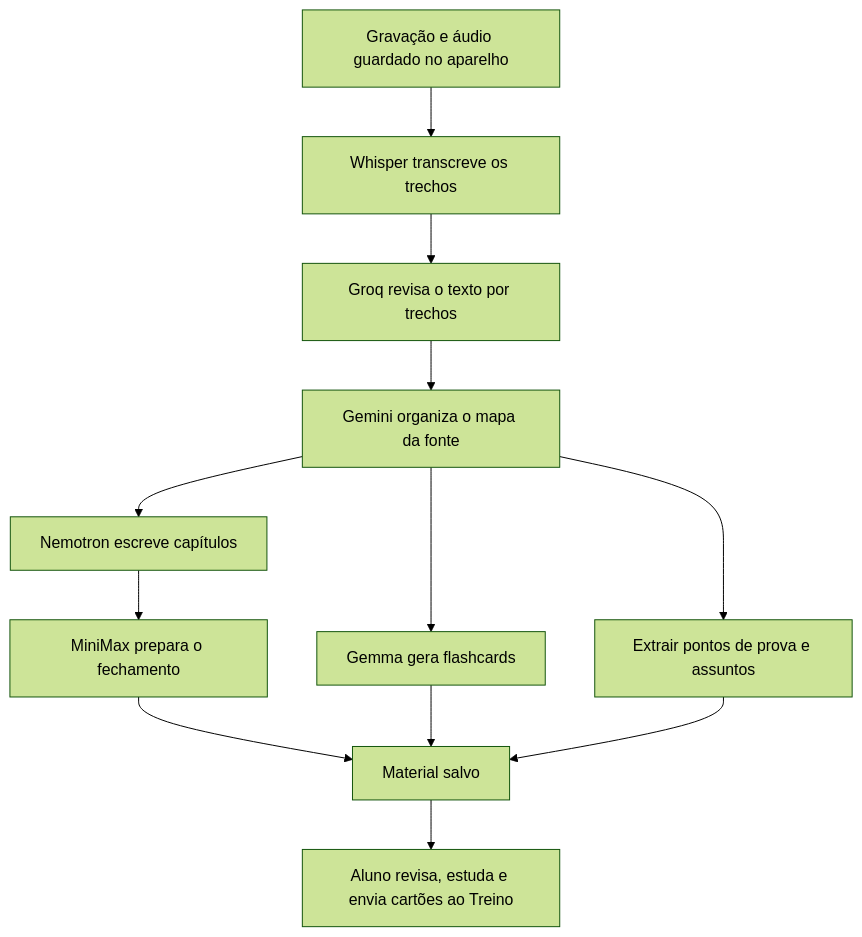
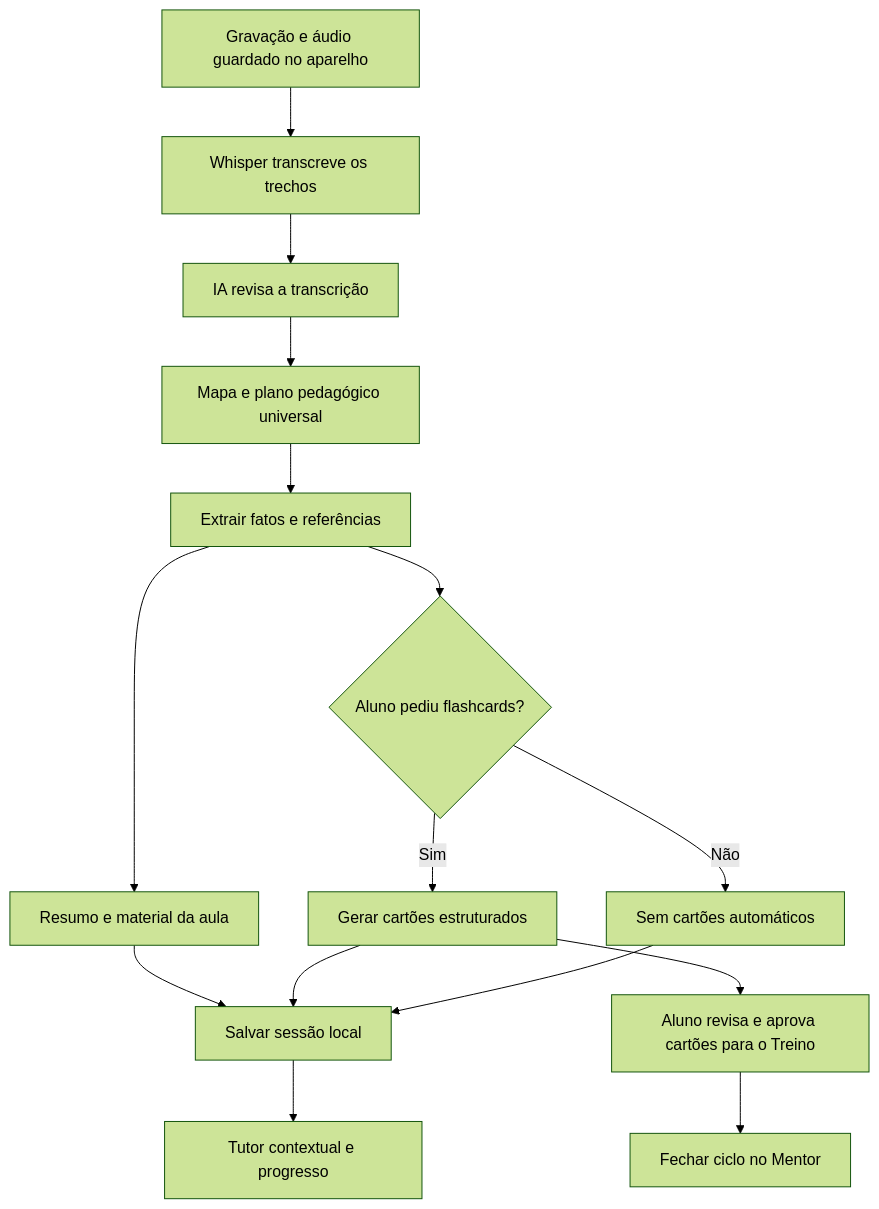
One commit to noroja/cuscuz changed the diagram in docs/FLUXO-IA.md. Above: the diagram before and after it, drawn with Mermaid (forest theme). The commit also changed other lines of this file and 24 other files, not shown here.

````diff
--- a/docs/FLUXO-IA.md
+++ b/docs/FLUXO-IA.md
@@ -20,14 +40,17 @@
 ```mermaid
 flowchart TD
   A[Gravação e áudio guardado no aparelho] --> B[Whisper transcreve os trechos]
-  B --> C[Groq revisa o texto por trechos]
-  C --> D[Gemini organiza o mapa da fonte]
-  D --> E[Nemotron escreve capítulos]
-  D --> F[Gemma gera flashcards]
-  D --> G[Extrair pontos de prova e assuntos]
-  E --> H[MiniMax prepara o fechamento]
-  H --> I[Material salvo]
-  F --> I
-  G --> I
-  I --> J[Aluno revisa, estuda e envia cartões ao Treino]
+  B --> C[IA revisa a transcrição]
+  C --> D[Mapa e plano pedagógico universal]
+  D --> E[Extrair fatos e referências]
+  E --> F[Resumo e material da aula]
+  E --> G{Aluno pediu flashcards?}
+  G -->|Sim| H[Gerar cartões estruturados]
+  G -->|Não| I[Sem cartões automáticos]
+  F --> J[Salvar sessão local]
+  H --> J
+  I --> J
+  J --> K[Tutor contextual e progresso]
+  H --> L[Aluno revisa e aprova cartões para o Treino]
+  L --> M[Fechar ciclo no Mentor]
 ```
````
